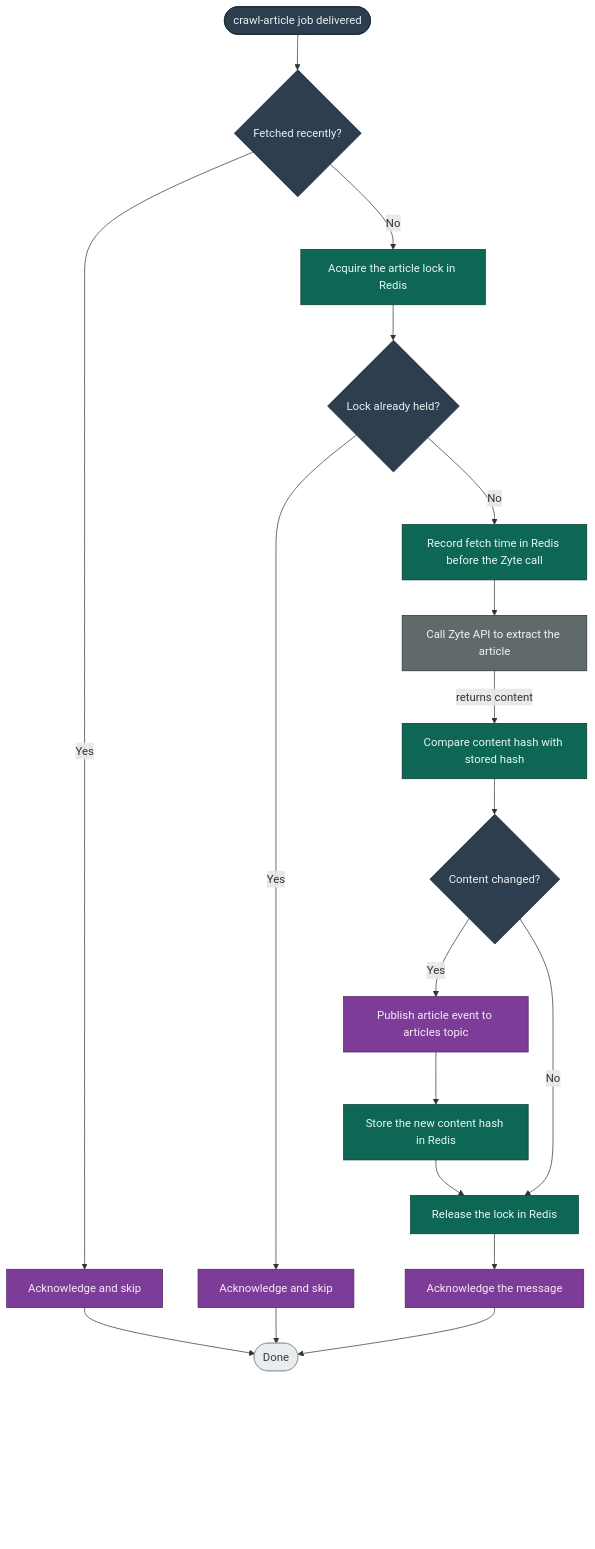
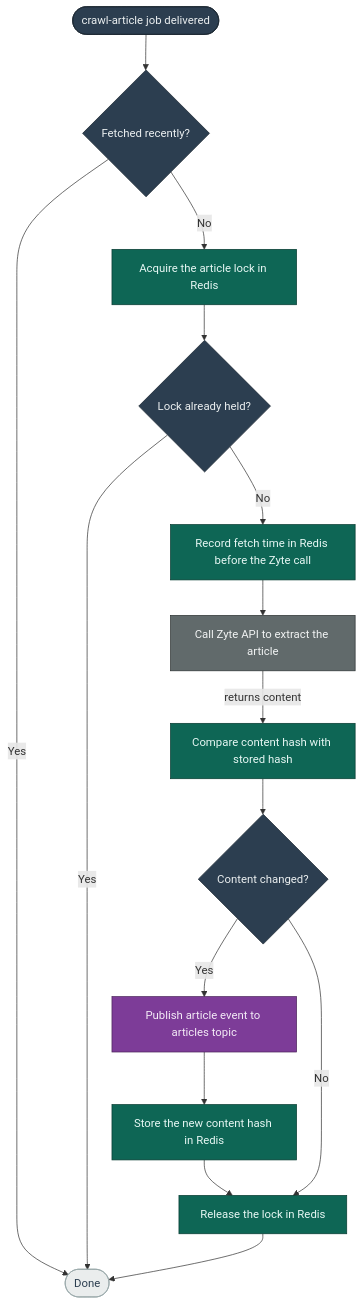
One commit to mozilla/hnt-content changed the fourth of 5 diagrams in docs/ARCHITECTURE.md. Above: the diagram before and after it, drawn with Mermaid. The commit also changed other lines of this file, not shown here.

First line of the commit message:
docs(HNT-2086): replace idempotency sequence with a decision flowchart

````diff
--- a/docs/ARCHITECTURE.md
+++ b/docs/ARCHITECTURE.md
@@ -245,30 +210,23 @@
 ```mermaid
 flowchart TD
     START([crawl-article job delivered]):::worker --> FRESH{Fetched recently?}:::worker
-    FRESH -- Yes --> SKIP1[Acknowledge and skip]:::pub
+    FRESH -- Yes --> DONE
     FRESH -- No --> LOCK[Acquire the article lock in Redis]:::redis
     LOCK --> HELD{Lock already held?}:::worker
-    HELD -- Yes --> SKIP2[Acknowledge and skip]:::pub
+    HELD -- Yes --> DONE
     HELD -- No --> REC[Record fetch time in Redis before the Zyte call]:::redis
     REC --> ZYTE[Call Zyte API to extract the article]:::zyte
     ZYTE -- returns content --> HASH[Compare content hash with stored hash]:::redis
     HASH --> CHANGED{Content changed?}:::worker
     CHANGED -- Yes --> PUB[Publish article event to articles topic]:::pub
     PUB --> STORE[Store the new content hash in Redis]:::redis
     STORE --> RELEASE[Release the lock in Redis]:::redis
     CHANGED -- No --> RELEASE
-    RELEASE --> ACK[Acknowledge the message]:::pub
-    ACK --> DONE([Done]):::done
-    SKIP1 --> DONE
-    SKIP2 --> DONE
-    DONE ~~~ SP1[ ]:::spacer
-    SP1 ~~~ SP2[ ]:::spacer
-    SP2 ~~~ SP3[ ]:::spacer
+    RELEASE --> DONE([Done]):::done
 
-    classDef spacer fill:none,stroke:none,color:none;
     classDef worker fill:#2c3e50,stroke:#1a252f,color:#ecf0f1;
     classDef redis fill:#0e6655,stroke:#073b31,color:#e8f8f5;
     classDef zyte fill:#616a6b,stroke:#2c3232,color:#f2f4f4;
     classDef pub fill:#7d3c98,stroke:#4a235a,color:#f4ecf7;
     classDef done fill:#eaeded,stroke:#95a5a6,color:#2c3e50;
 ```
````
